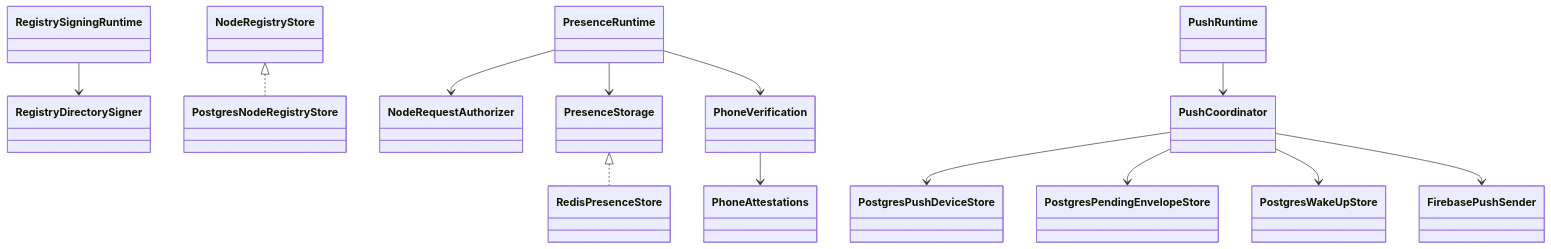
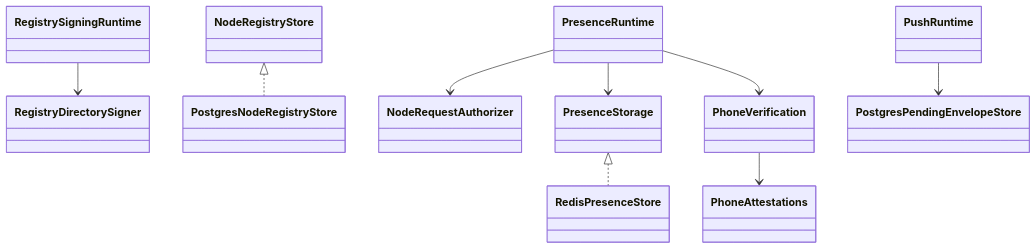
The second of 3 diagrams in docs/server/overview.md (cbgm/Sparrow), drawn with Mermaid before and after one commit. The commit also changed other lines of this file and 61 other files, not shown here.

````diff
--- a/docs/server/overview.md
+++ b/docs/server/overview.md
@@ -166,32 +158,24 @@
 ```mermaid
 classDiagram
     class RegistrySigningRuntime
     class RegistryDirectorySigner
     class NodeRegistryStore
     class PostgresNodeRegistryStore
     class PresenceRuntime
     class NodeRequestAuthorizer
     class PresenceStorage
     class RedisPresenceStore
     class PhoneVerification
     class PhoneAttestations
     class PushRuntime
-    class PushCoordinator
-    class PostgresPushDeviceStore
     class PostgresPendingEnvelopeStore
-    class PostgresWakeUpStore
-    class FirebasePushSender
 
     RegistrySigningRuntime --> RegistryDirectorySigner
     NodeRegistryStore <|.. PostgresNodeRegistryStore
     PresenceRuntime --> NodeRequestAuthorizer
     PresenceRuntime --> PresenceStorage
     PresenceStorage <|.. RedisPresenceStore
     PresenceRuntime --> PhoneVerification
     PhoneVerification --> PhoneAttestations
-    PushRuntime --> PushCoordinator
-    PushCoordinator --> PostgresPushDeviceStore
-    PushCoordinator --> PostgresPendingEnvelopeStore
-    PushCoordinator --> PostgresWakeUpStore
-    PushCoordinator --> FirebasePushSender
+    PushRuntime --> PostgresPendingEnvelopeStore
 ```
````
